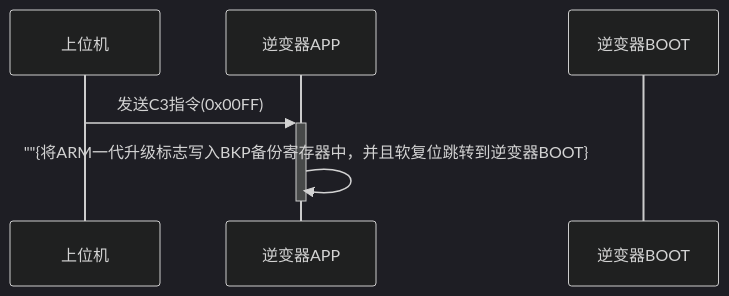
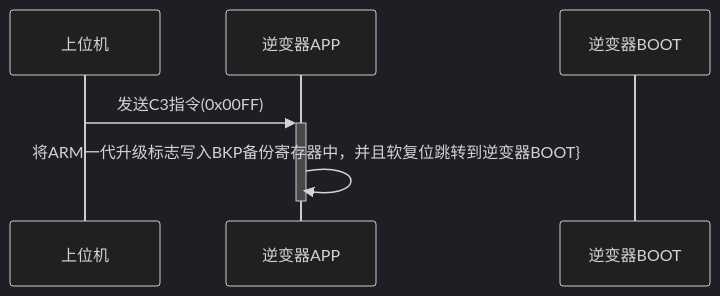
One commit to 2078142847/iodraw-files changed the diagram in all/未命名-2.md. Above: the diagram before and after it, drawn with Mermaid (dark theme).

Commit message:
2024-05-30 15:22:47 update

````diff
--- a/all/未命名-2.md
+++ b/all/未命名-2.md
@@ -1,11 +1,11 @@
 ```mermaid
 sequenceDiagram
 
     participant A as 上位机
     participant B as 逆变器APP
     participant C as 逆变器BOOT
     A->>+B: 发送C3指令(0x00FF)
-    B->>-B: ""{将ARM一代升级标志写入BKP备份寄存器中，并且软复位跳转到逆变器BOOT}
+    B->>-B: 将ARM一代升级标志写入BKP备份寄存器中，并且软复位跳转到逆变器BOOT}
 
     
 ```
````
